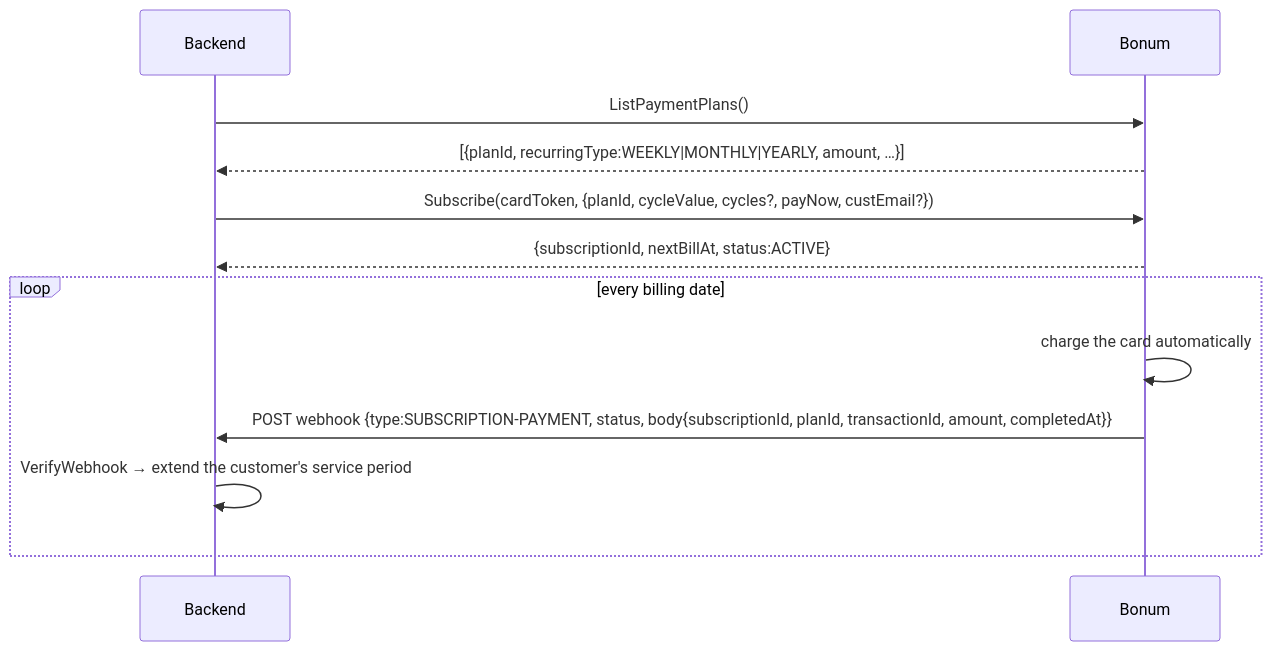
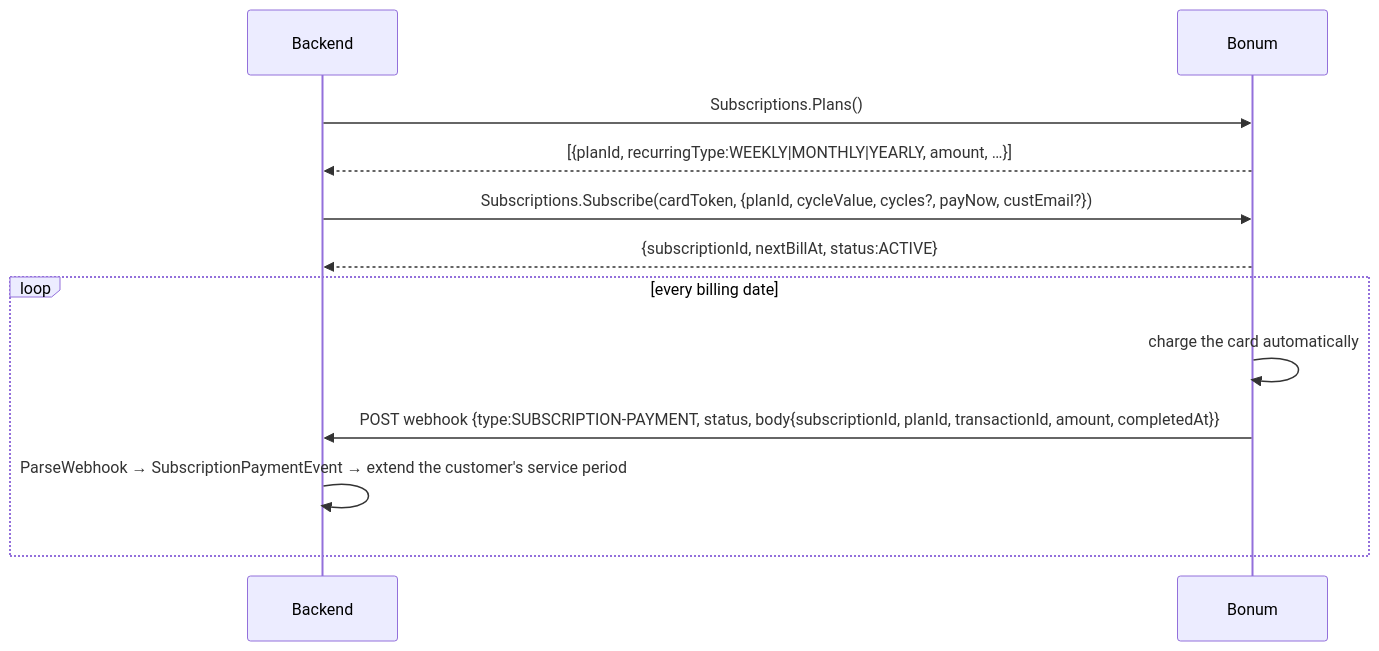
One commit to techpartners-asia/bonum-go changed the fifth of 7 diagrams in FLOW.md. Above: the diagram before and after it, drawn with Mermaid. The commit also changed other lines of this file and 47 other files, not shown here.

````diff
--- a/FLOW.md
+++ b/FLOW.md
@@ -136,14 +138,14 @@
 ```mermaid
 sequenceDiagram
     participant B as Backend
     participant G as Bonum
-    B->>G: ListPaymentPlans()
+    B->>G: Subscriptions.Plans()
     G-->>B: [{planId, recurringType:WEEKLY|MONTHLY|YEARLY, amount, …}]
-    B->>G: Subscribe(cardToken, {planId, cycleValue, cycles?, payNow, custEmail?})
+    B->>G: Subscriptions.Subscribe(cardToken, {planId, cycleValue, cycles?, payNow, custEmail?})
     G-->>B: {subscriptionId, nextBillAt, status:ACTIVE}
     loop every billing date
         G->>G: charge the card automatically
         G->>B: POST webhook {type:SUBSCRIPTION-PAYMENT, status, body{subscriptionId, planId, transactionId, amount, completedAt}}
-        B->>B: VerifyWebhook → extend the customer's service period
+        B->>B: ParseWebhook → SubscriptionPaymentEvent → extend the customer's service period
     end
 ```
````
